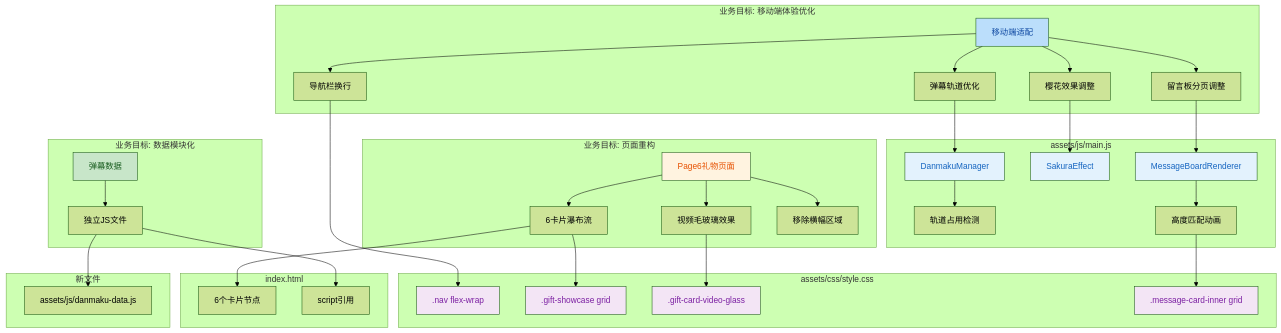
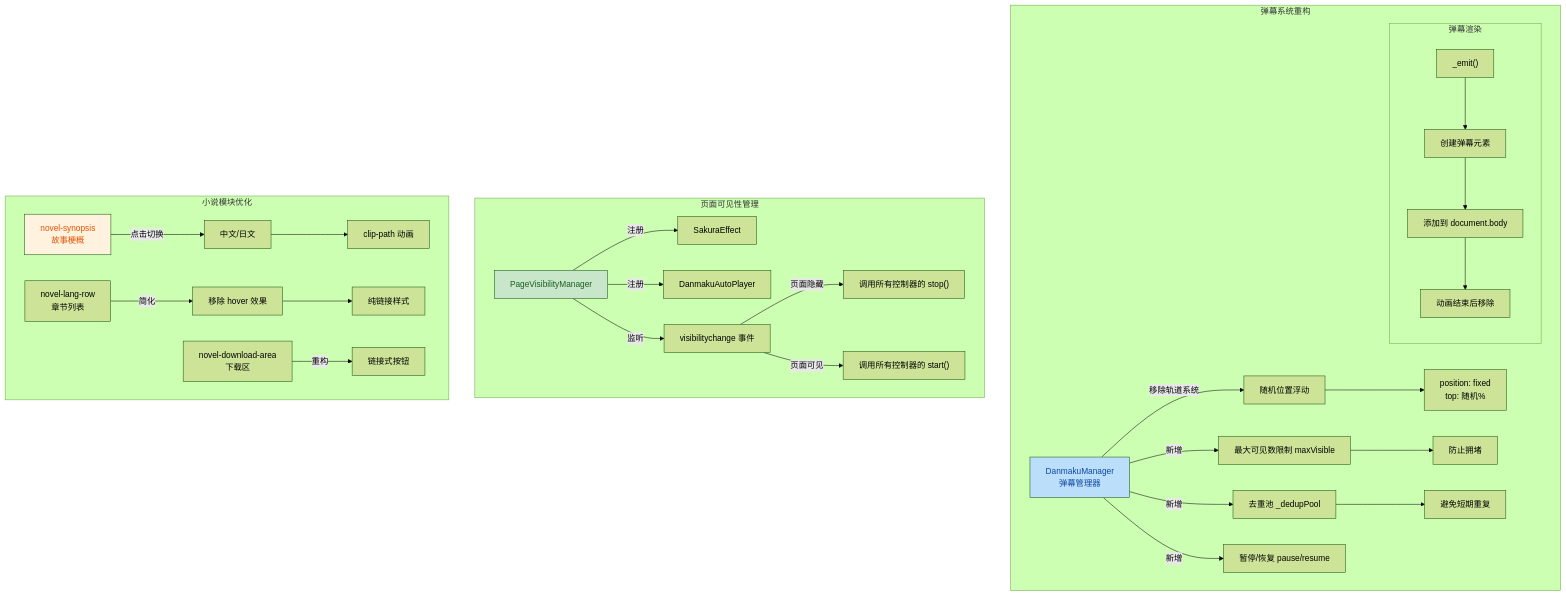
One commit to SunsetShimmer381/okayu-birthday-site changed the diagram in README.md. Above: the diagram before and after it, drawn with Mermaid (forest theme). The commit also changed other lines of this file and 10 other files, not shown here.

````diff
--- a/README.md
+++ b/README.md
@@ -15,54 +14,41 @@
 ```mermaid
 graph TD
-    subgraph "业务目标: 移动端体验优化"
-        A[移动端适配] --> B[导航栏换行]
-        A --> C[弹幕轨道优化]
-        A --> D[樱花效果调整]
-        A --> E[留言板分页调整]
+    subgraph "弹幕系统重构"
+        A["DanmakuManager<br/>弹幕管理器"] -->|移除轨道系统| B["随机位置浮动"]
+        A -->|新增| C["去重池 _dedupPool"]
+        A -->|新增| D["最大可见数限制 maxVisible"]
+        A -->|新增| E["暂停/恢复 pause/resume"]
+        
+        B --> F["position: fixed<br/>top: 随机%"]
+        D --> G["防止拥堵"]
+        C --> H["避免短期重复"]
+        
+        subgraph "弹幕渲染"
+            I["_emit()"] --> J["创建弹幕元素"]
+            J --> K["添加到 document.body"]
+            K --> L["动画结束后移除"]
+        end
     end
     
-    subgraph "业务目标: 页面重构"
-        F[Page6礼物页面] --> G[6卡片瀑布流]
-        F --> H[视频毛玻璃效果]
-        F --> I[移除横幅区域]
+    subgraph "页面可见性管理"
+        M["PageVisibilityManager"] -->|注册| N["SakuraEffect"]
+        M -->|注册| O["DanmakuAutoPlayer"]
+        M -->|监听| P["visibilitychange 事件"]
+        P -->|页面隐藏| Q["调用所有控制器的 stop()"]
+        P -->|页面可见| R["调用所有控制器的 start()"]
     end
     
-    subgraph "业务目标: 数据模块化"
-        J[弹幕数据] --> K[独立JS文件]
-    end
-    
-    subgraph "assets/js/main.js"
-        C --> L[DanmakuManager]
-        D --> M[SakuraEffect]
-        E --> N[MessageBoardRenderer]
-        L --> O[轨道占用检测]
-        N --> P[高度匹配动画]
-    end
-    
-    subgraph "assets/css/style.css"
-        B --> Q[.nav flex-wrap]
-        G --> R[.gift-showcase grid]
-        H --> S[.gift-card-video-glass]
-        P --> T[.message-card-inner grid]
-    end
-    
-    subgraph "index.html"
-        G --> U[6个卡片节点]
-        K --> V[script引用]
-    end
-    
-    subgraph "新文件"
-        K --> W[assets/js/danmaku-data.js]
+    subgraph "小说模块优化"
+        S["novel-synopsis<br/>故事梗概"] -->|点击切换| T["中文/日文"]
+        T --> U["clip-path 动画"]
+        
+        V["novel-lang-row<br/>章节列表"] -->|简化| W["移除 hover 效果"]
+        W --> X["纯链接样式"]
+        
+        Y["novel-download-area<br/>下载区"] -->|重构| Z["链接式按钮"]
     end
     
     style A fill:#bbdefb,color:#0d47a1
-    style F fill:#fff3e0,color:#e65100
-    style J fill:#c8e6c9,color:#1a5e20
-    style L fill:#e3f2fd,color:#1565c0
-    style M fill:#e3f2fd,color:#1565c0
-    style N fill:#e3f2fd,color:#1565c0
-    style Q fill:#f3e5f5,color:#7b1fa2
-    style R fill:#f3e5f5,color:#7b1fa2
-    style S fill:#f3e5f5,color:#7b1fa2
-    style T fill:#f3e5f5,color:#7b1fa2
+    style M fill:#c8e6c9,color:#1a5e20
+    style S fill:#fff3e0,color:#e65100
 ```
````
